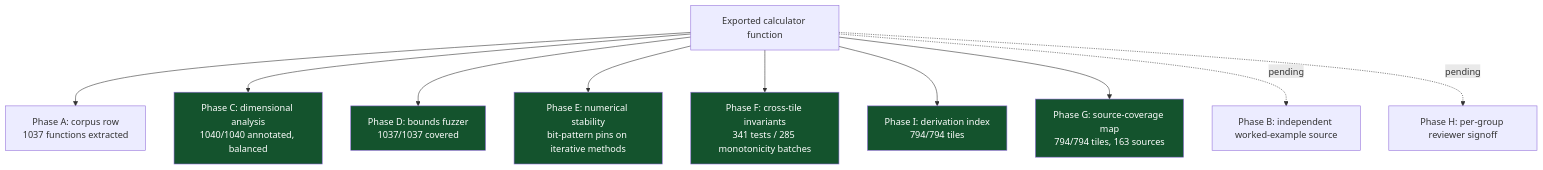
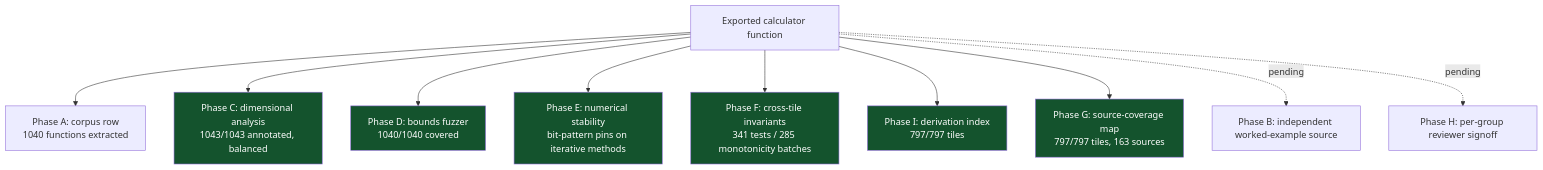
Before and after one commit to clay-good/roughlogic.com: the sixth of 8 diagrams in README.md, drawn with Mermaid. The commit also changed other lines of this file and 19 other files, not shown here.

First line of the commit message:
feat(earthwork): land spec-v326..v328 -- 3 soil characterization / QC tiles (relative-compaction, soil-phase-relations, atterberg-indices); 794 -> 797 tiles, 0.115.0

````diff
--- a/README.md
+++ b/README.md
@@ -519,18 +519,18 @@
 ```mermaid
 flowchart TB
-    F[Exported calculator function] --> A[Phase A: corpus row\n1037 functions extracted]
-    F --> C[Phase C: dimensional analysis\n1040/1040 annotated, balanced]
-    F --> D[Phase D: bounds fuzzer\n1037/1037 covered]
+    F[Exported calculator function] --> A[Phase A: corpus row\n1040 functions extracted]
+    F --> C[Phase C: dimensional analysis\n1043/1043 annotated, balanced]
+    F --> D[Phase D: bounds fuzzer\n1040/1040 covered]
     F --> E[Phase E: numerical stability\nbit-pattern pins on iterative methods]
     F --> Fa[Phase F: cross-tile invariants\n341 tests / 285 monotonicity batches]
-    F --> I[Phase I: derivation index\n794/794 tiles]
-    F --> G[Phase G: source-coverage map\n794/794 tiles, 163 sources]
+    F --> I[Phase I: derivation index\n797/797 tiles]
+    F --> G[Phase G: source-coverage map\n797/797 tiles, 163 sources]
     F -.pending.-> B[Phase B: independent worked-example source]
     F -.pending.-> H[Phase H: per-group reviewer signoff]
     style C fill:#14532d,color:#fff
     style D fill:#14532d,color:#fff
     style E fill:#14532d,color:#fff
     style Fa fill:#14532d,color:#fff
     style G fill:#14532d,color:#fff
     style I fill:#14532d,color:#fff
 ```
````
